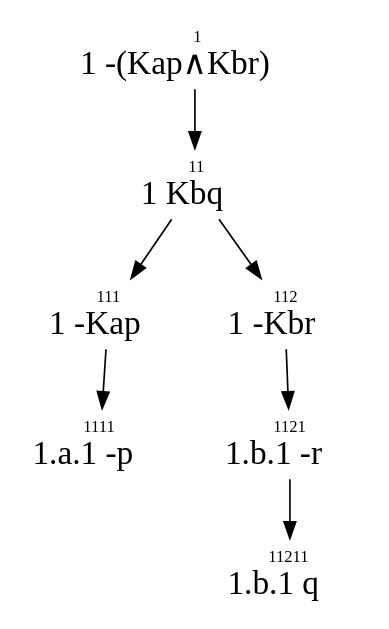
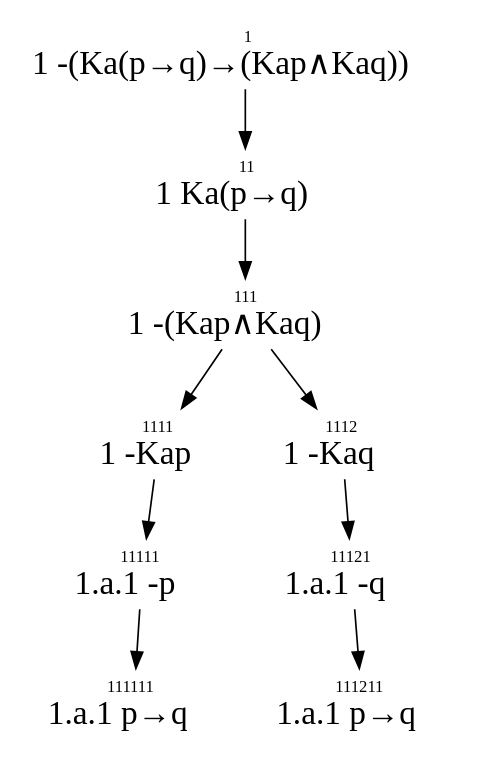
The diagram in lib/dots/graph_test.dot (cagve/epistemic-tree), drawn with Graphviz before and after one commit. The commit also changed 7 other files, not shown here.

```diff
--- a/lib/dots/graph_test.dot
+++ b/lib/dots/graph_test.dot
@@ -1,16 +1,20 @@
 digraph G {
 node[shape = none]
-1[label=< <FONT POINT-SIZE="10">1<BR/></FONT><FONT POINT-SIZE="20">1 -(Kap∧Kbr)</FONT> >];
-11[label=< <FONT POINT-SIZE="10">11<BR/></FONT><FONT POINT-SIZE="20">1 Kbq</FONT> >];
-111[label=< <FONT POINT-SIZE="10">111<BR/></FONT><FONT POINT-SIZE="20">1 -Kap</FONT> >];
-1111[label=< <FONT POINT-SIZE="10">1111<BR/></FONT><FONT POINT-SIZE="20">1.a.1 -p</FONT> >];
-112[label=< <FONT POINT-SIZE="10">112<BR/></FONT><FONT POINT-SIZE="20">1 -Kbr</FONT> >];
-1121[label=< <FONT POINT-SIZE="10">1121<BR/></FONT><FONT POINT-SIZE="20">1.b.1 -r</FONT> >];
-11211[label=< <FONT POINT-SIZE="10">11211<BR/></FONT><FONT POINT-SIZE="20">1.b.1 q</FONT> >];
+1[label=< <FONT POINT-SIZE="10">1<BR/></FONT><FONT POINT-SIZE="20">1 -(Ka(p→q)→(Kap∧Kaq))</FONT> >];
+11[label=< <FONT POINT-SIZE="10">11<BR/></FONT><FONT POINT-SIZE="20">1 Ka(p→q)</FONT> >];
+111[label=< <FONT POINT-SIZE="10">111<BR/></FONT><FONT POINT-SIZE="20">1 -(Kap∧Kaq)</FONT> >];
+1111[label=< <FONT POINT-SIZE="10">1111<BR/></FONT><FONT POINT-SIZE="20">1 -Kap</FONT> >];
+11111[label=< <FONT POINT-SIZE="10">11111<BR/></FONT><FONT POINT-SIZE="20">1.a.1 -p</FONT> >];
+111111[label=< <FONT POINT-SIZE="10">111111<BR/></FONT><FONT POINT-SIZE="20">1.a.1 p→q</FONT> >];
+1112[label=< <FONT POINT-SIZE="10">1112<BR/></FONT><FONT POINT-SIZE="20">1 -Kaq</FONT> >];
+11121[label=< <FONT POINT-SIZE="10">11121<BR/></FONT><FONT POINT-SIZE="20">1.a.1 -q</FONT> >];
+111211[label=< <FONT POINT-SIZE="10">111211<BR/></FONT><FONT POINT-SIZE="20">1.a.1 p→q</FONT> >];
 1 -> 11;
 11 -> 111;
-11 -> 112;
 111 -> 1111;
-112 -> 1121;
-1121 -> 11211;
+111 -> 1112;
+1111 -> 11111;
+11111 -> 111111;
+1112 -> 11121;
+11121 -> 111211;
 }
```
